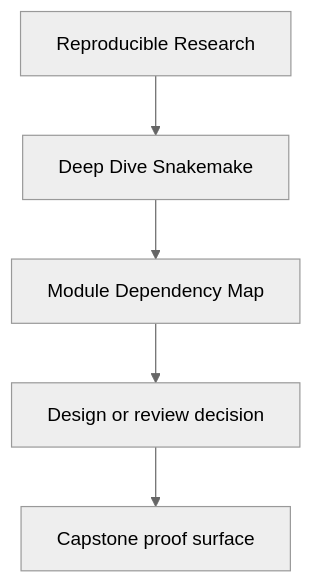
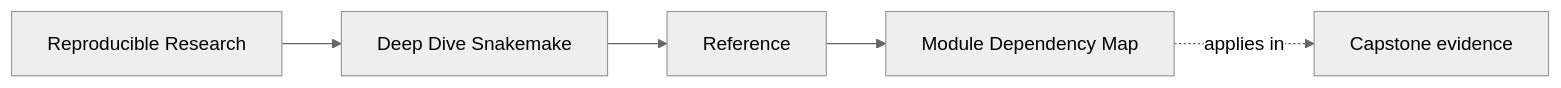
Before and after one commit to bijux/bijux-masterclass: the first of 3 diagrams in programs/reproducible-research/deep-dive-snakemake/course-book/reference/module-dependency-map.md, drawn with Mermaid (neutral theme). The commit also changed other lines of this file and 149 other files, not shown here.

Commit message:
docs(deep-dive-snakemake): map workflow proof and operations surfaces

````diff
--- a/programs/reproducible-research/deep-dive-snakemake/course-book/reference/module-dependency-map.md
+++ b/programs/reproducible-research/deep-dive-snakemake/course-book/reference/module-dependency-map.md
@@ -7,7 +7,11 @@
 ```mermaid
-flowchart TD
-  family["Reproducible Research"] --> program["Deep Dive Snakemake"]
-  program --> reference["Module Dependency Map"]
-  reference --> review["Design or review decision"]
-  review --> capstone["Capstone proof surface"]
+graph LR
+  family["Reproducible Research"]
+  program["Deep Dive Snakemake"]
+  section["Reference"]
+  page["Module Dependency Map"]
+  capstone["Capstone evidence"]
+
+  family --> program --> section --> page
+  page -.applies in.-> capstone
 ```
````
